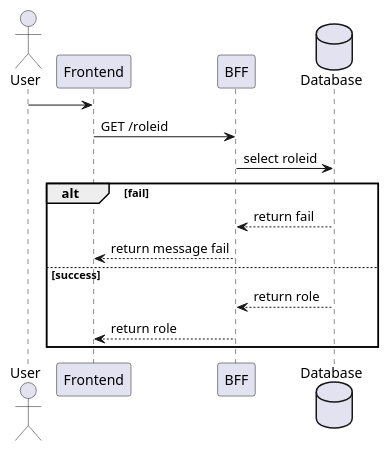
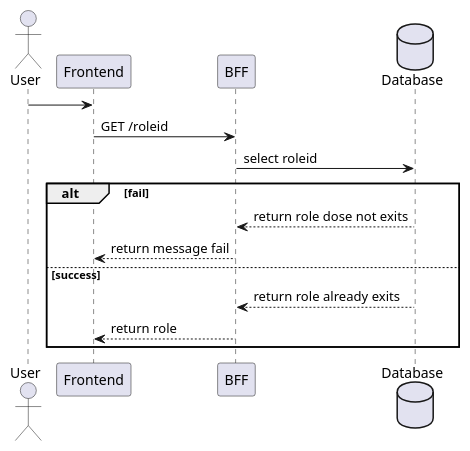
One commit to anhtu910/HIthere changed the diagram in sequence/detailrole.plantuml. Above: the diagram before and after it, drawn with PlantUML. The commit also changed 1 other file, not shown here.

```diff
--- a/sequence/detailrole.plantuml
+++ b/sequence/detailrole.plantuml
@@ -1,18 +1,18 @@
 @startuml Create Edit User
 actor User as user
 participant Frontend as fe
 participant BFF as bff
 database Database as db
 
 user->fe
 fe -> bff : GET /roleid
 bff -> db : select roleid
 alt fail
-bff <-- db : return fail
+bff <-- db : return role dose not exits
 fe <-- bff : return message fail
 else success
-bff <-- db : return role
+bff <-- db : return role already exits
 fe <-- bff : return role
 end
 
 @enduml
```
